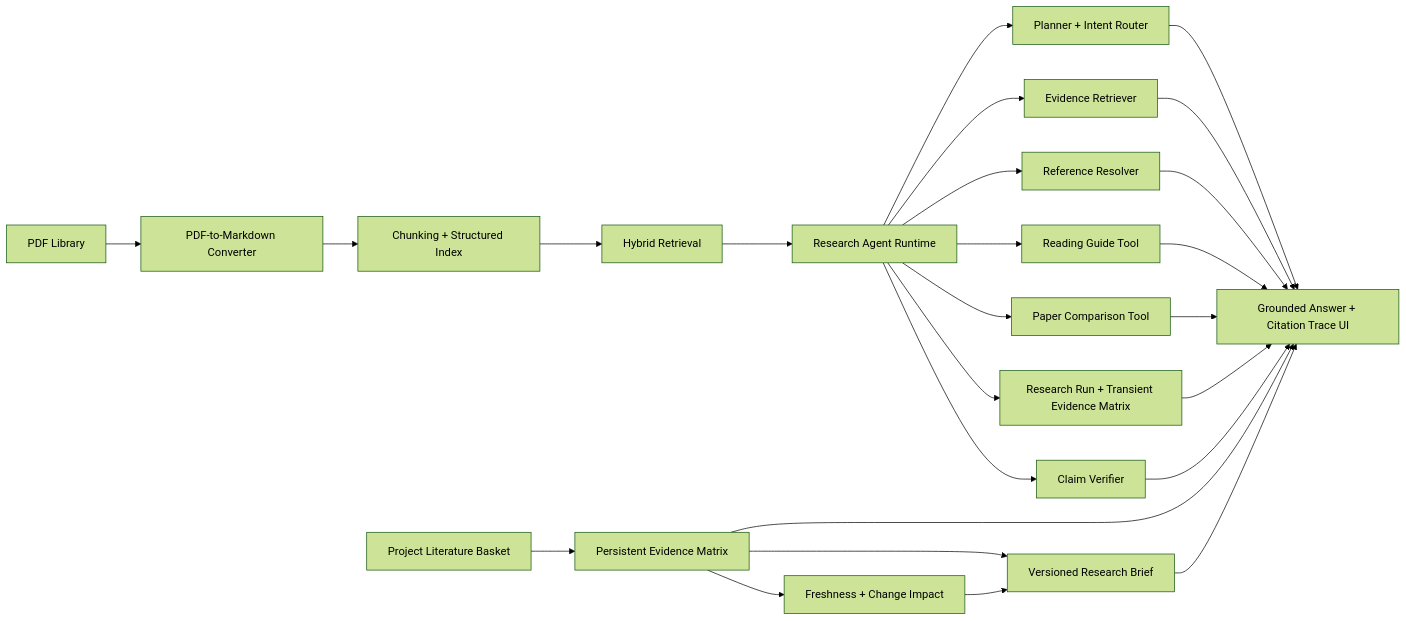
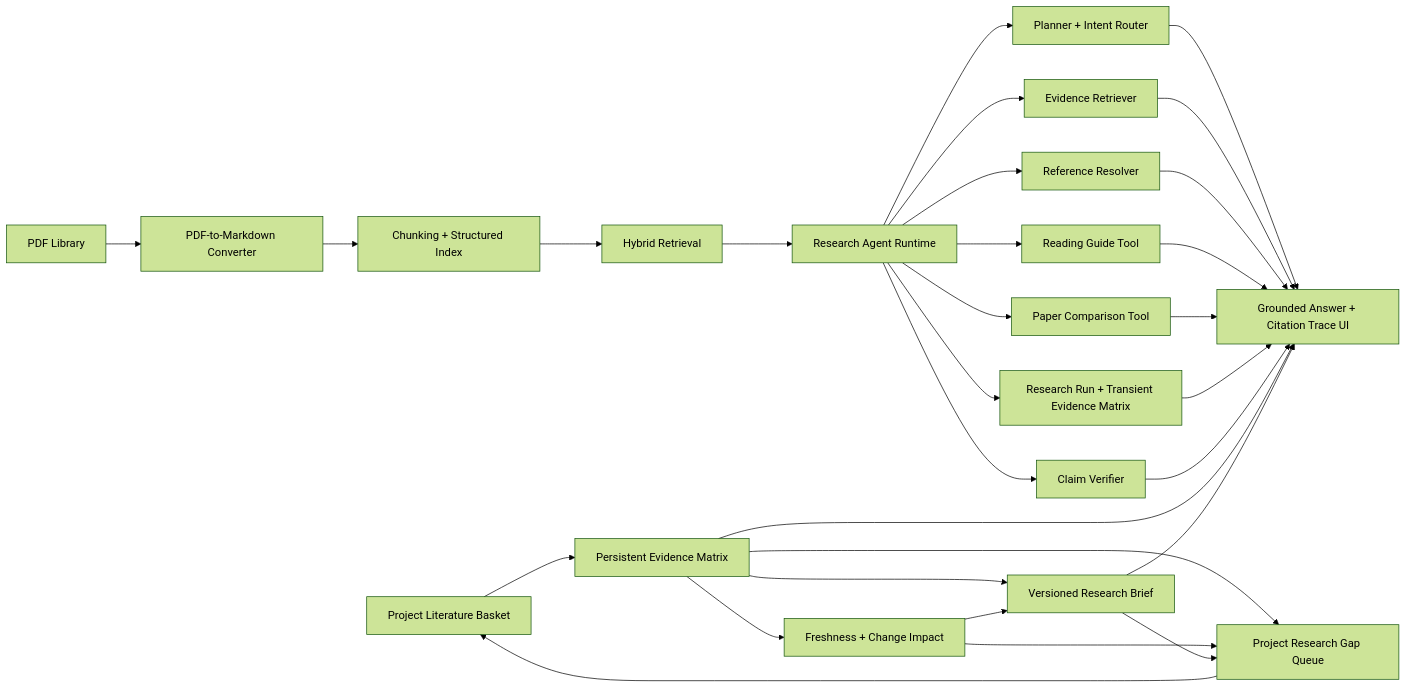
One commit to LittlePyx/Pi_zaya changed the diagram in README.md. Above: the diagram before and after it, drawn with Mermaid (forest theme). The commit also changed other lines of this file and 19 other files, not shown here.

Commit message:
feat: add project research gap queue

````diff
--- a/README.md
+++ b/README.md
@@ -48,27 +51,31 @@
 ```mermaid
 flowchart LR
   A["PDF Library"] --> B["PDF-to-Markdown Converter"]
   B --> C["Chunking + Structured Index"]
   C --> D["Hybrid Retrieval"]
   D --> E["Research Agent Runtime"]
   E --> P["Planner + Intent Router"]
   E --> R["Evidence Retriever"]
   E --> X["Reference Resolver"]
   E --> G["Reading Guide Tool"]
   E --> M["Paper Comparison Tool"]
   E --> Q["Research Run + Transient Evidence Matrix"]
   E --> V["Claim Verifier"]
   L["Project Literature Basket"] --> EM["Persistent Evidence Matrix"]
   EM --> RB["Versioned Research Brief"]
   EM --> F["Freshness + Change Impact"]
   F --> RB
+  EM --> RG["Project Research Gap Queue"]
+  F --> RG
+  RB --> RG
+  RG --> L
   P --> O["Grounded Answer + Citation Trace UI"]
   R --> O
   X --> O
   G --> O
   M --> O
   Q --> O
   V --> O
   EM --> O
   RB --> O
 ```
````
